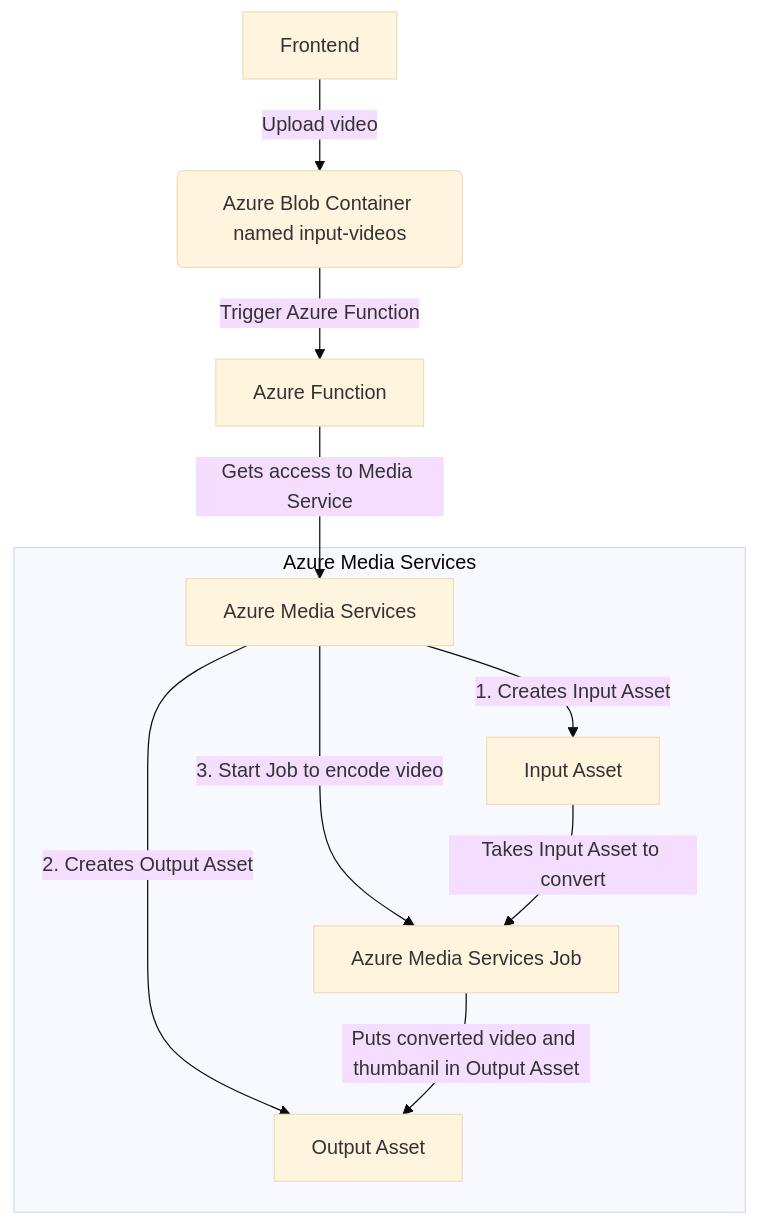
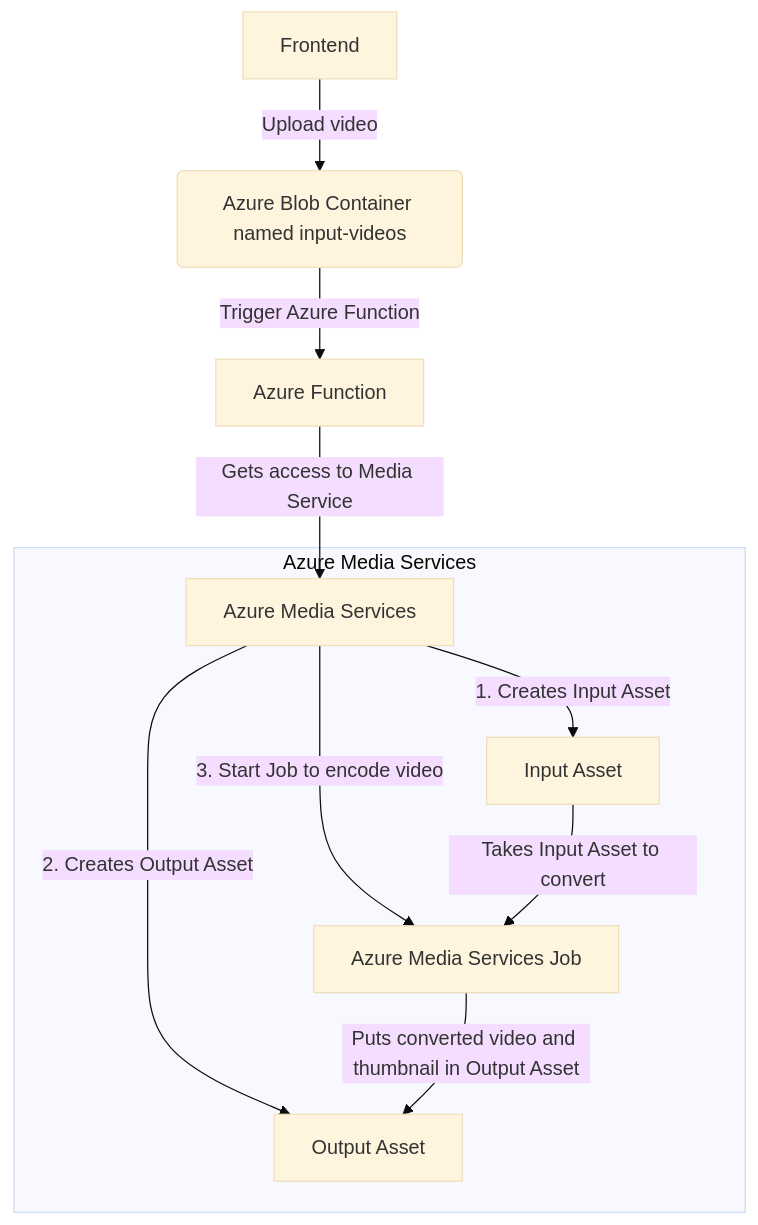
The second of 2 diagrams in profile/README.md (instructr-aps/.github), drawn with Mermaid (base theme) before and after one commit.

````diff
--- a/profile/README.md
+++ b/profile/README.md
@@ -31,19 +31,19 @@
 ```mermaid
 graph TD
     A[Frontend] -->|Upload video| B(Azure Blob Container named input-videos)
     B -->|Trigger Azure Function| C[Azure Function]
     C -->|Gets access to Media Service| D[Azure Media Services]
     D -->|1. Creates Input Asset| E[Input Asset]
     D -->|2. Creates Output Asset| F[Output Asset]
     D -->|3. Start Job to encode video| G[Azure Media Services Job]
     E -->|Takes Input Asset to convert| G
-    G -->|Puts converted video and thumbanil in Output Asset| F
+    G -->|Puts converted video and thumbnail in Output Asset| F
 
     subgraph Azure Media Services
     D
     E
     F
     G
     end
 
 ```
````
